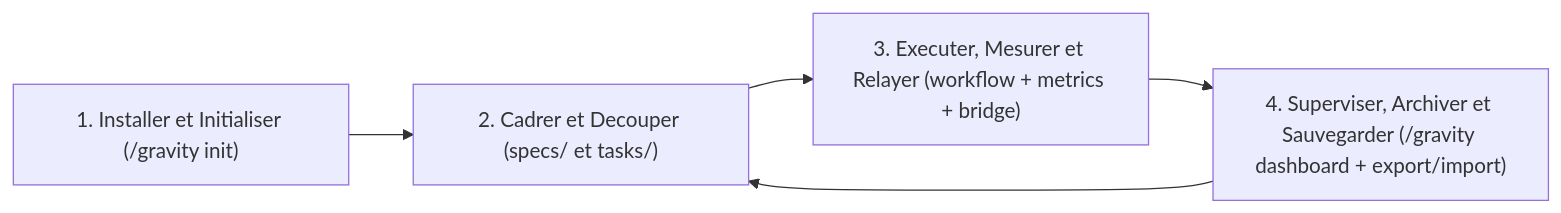
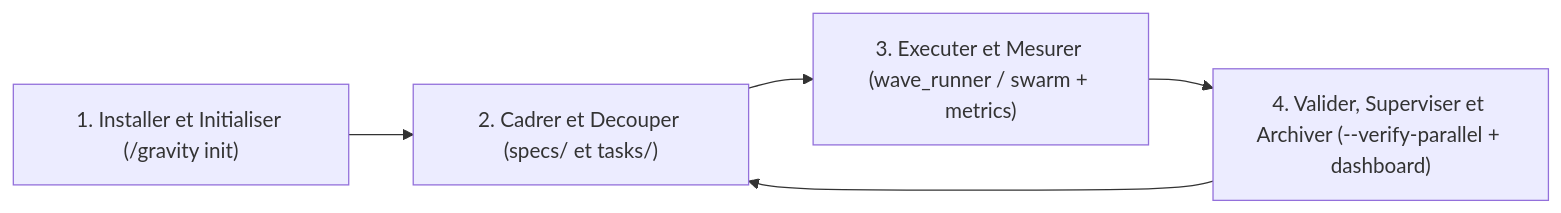
One commit to BSourichanh/gravity changed the diagram in docs/user-journey.md. Above: the diagram before and after it, drawn with Mermaid. The commit also changed other lines of this file and 22 other files, not shown here.

````diff
--- a/docs/user-journey.md
+++ b/docs/user-journey.md
@@ -9,7 +9,7 @@
 ```mermaid
 flowchart LR
     P1["1. Installer et Initialiser (/gravity init)"] --> P2["2. Cadrer et Decouper (specs/ et tasks/)"]
-    P2 --> P3["3. Executer, Mesurer et Relayer (workflow + metrics + bridge)"]
-    P3 --> P4["4. Superviser, Archiver et Sauvegarder (/gravity dashboard + export/import)"]
+    P2 --> P3["3. Executer et Mesurer (wave_runner / swarm + metrics)"]
+    P3 --> P4["4. Valider, Superviser et Archiver (--verify-parallel + dashboard)"]
     P4 --> P2
 ```
````
